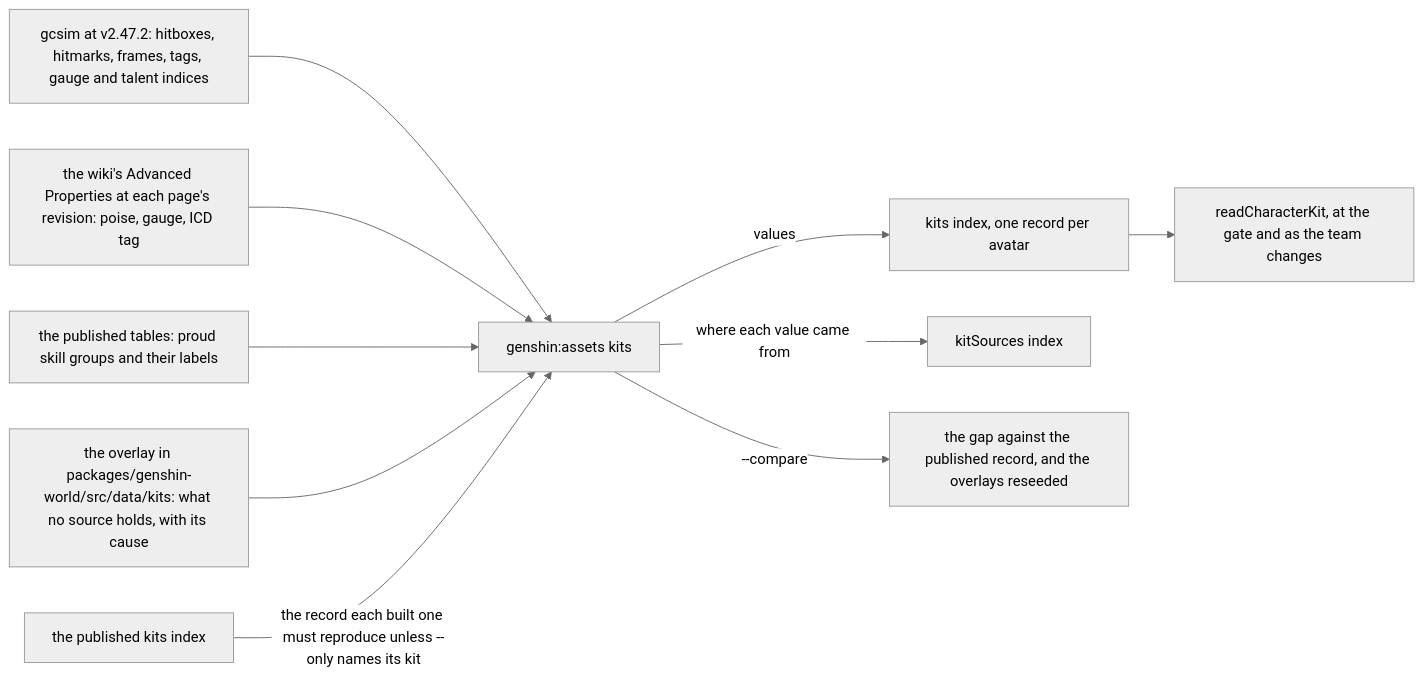
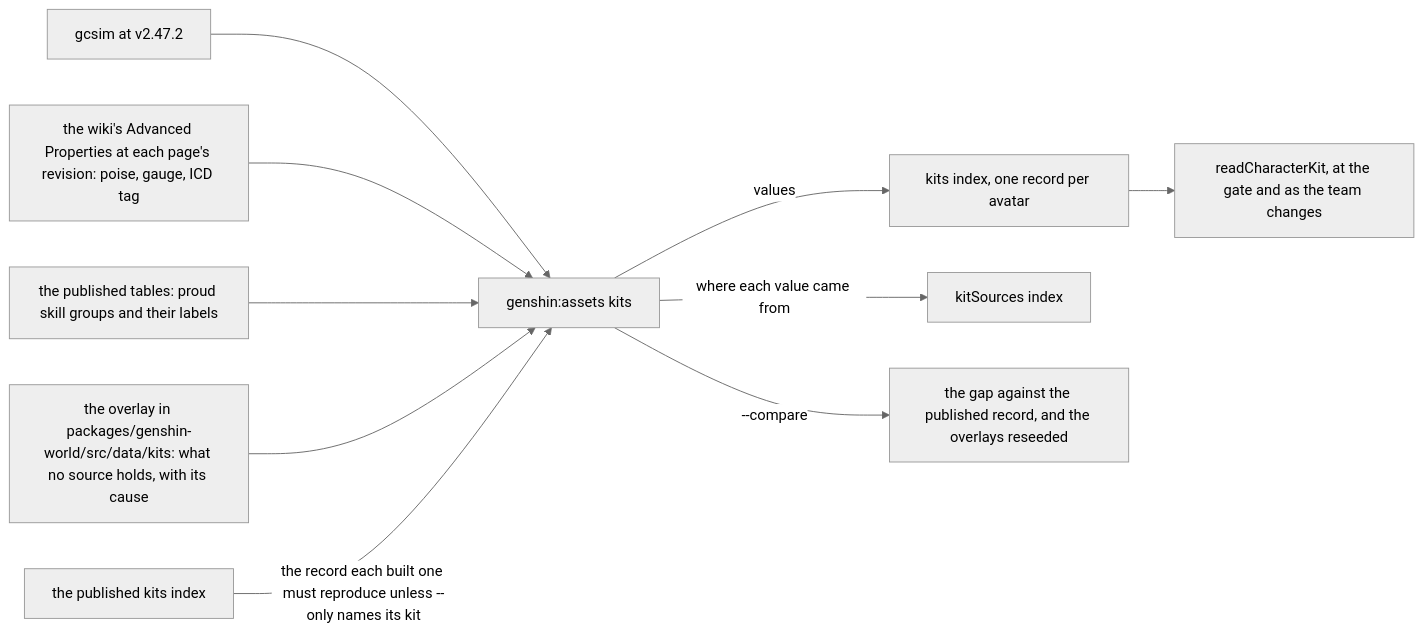
Before and after one commit to Esposter/Esposter: the fourth of 5 diagrams in openspec/specs/genshin/kits/README.md, drawn with Mermaid (neutral theme). The commit also changed other lines of this file and 13 other files, not shown here.

````diff
--- a/openspec/specs/genshin/kits/README.md
+++ b/openspec/specs/genshin/kits/README.md
@@ -217,12 +217,12 @@
 ```mermaid
 flowchart LR
-  GC["gcsim at v2.47.2: hitboxes, hitmarks, frames, tags, gauge and talent indices"] --> B["genshin:assets kits"]
+  GC["gcsim at v2.47.2"] --> B["genshin:assets kits"]
   WK["the wiki's Advanced Properties at each page's revision: poise, gauge, ICD tag"] --> B
   TB["the published tables: proud skill groups and their labels"] --> B
   OV["the overlay in packages/genshin-world/src/data/kits: what no source holds, with its cause"] --> B
   PB["the published kits index"] -->|"the record each built one must reproduce unless --only names its kit"| B
   B -->|"values"| K["kits index, one record per avatar"]
   B -->|"where each value came from"| S["kitSources index"]
   B -->|"--compare"| R["the gap against the published record, and the overlays reseeded"]
   K --> READ["readCharacterKit, at the gate and as the team changes"]
 ```
````
